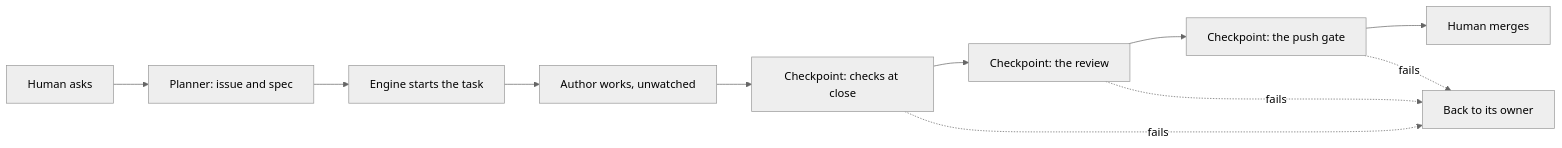
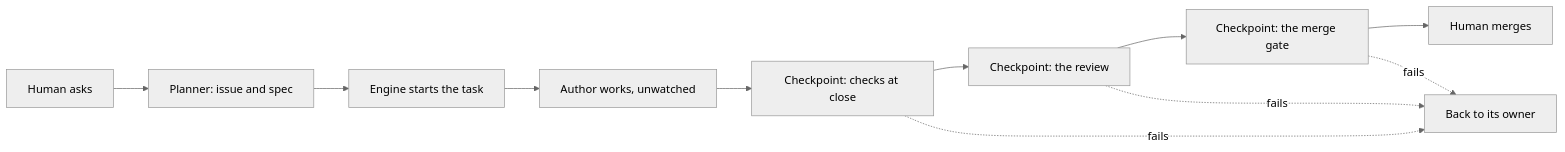
One commit to trustmybot/tmb changed the first of 4 diagrams in docs/flows/3_TASKS.md. Above: the diagram before and after it, drawn with Mermaid (neutral theme). The commit also changed other lines of this file and 11 other files, not shown here.

First line of the commit message:
📝 docs: review gates the merge, the push gate guards the base branch

````diff
--- a/docs/flows/3_TASKS.md
+++ b/docs/flows/3_TASKS.md
@@ -5,13 +5,13 @@
 ```mermaid
 flowchart LR
     A["Human asks"] --> B["Planner: issue and spec"]
     B --> C["Engine starts the task"]
     C --> D["Author works, unwatched"]
     D --> E["Checkpoint: checks at close"]
     E --> F["Checkpoint: the review"]
-    F --> G["Checkpoint: the push gate"]
+    F --> G["Checkpoint: the merge gate"]
     G --> H["Human merges"]
     E -. fails .-> X["Back to its owner"]
     F -. fails .-> X
     G -. fails .-> X
 ```
````
